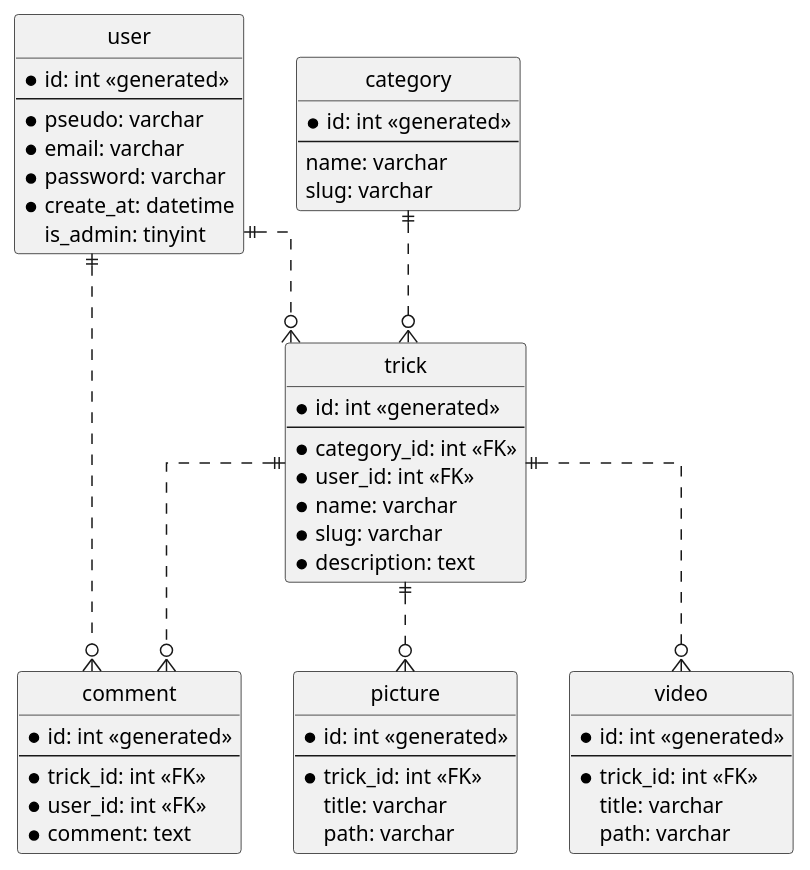
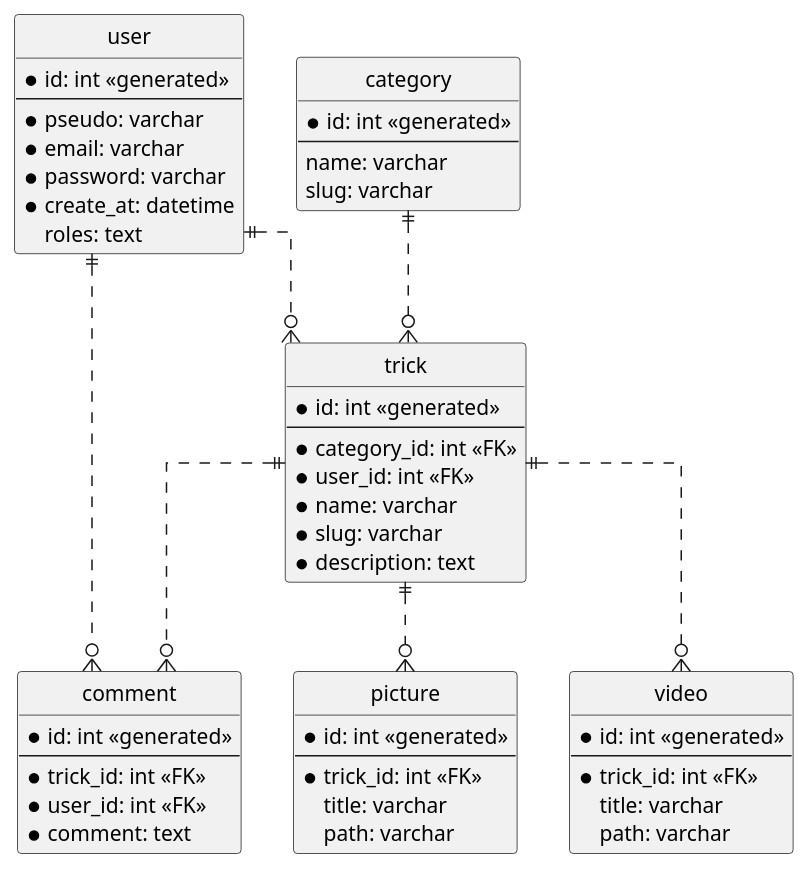
One commit to sjaulin/snowtricks changed the diagram in uml/PhysicalDataModel.puml. Above: the diagram before and after it, drawn with PlantUML. The commit also changed 11 other files, not shown here.

```diff
--- a/uml/PhysicalDataModel.puml
+++ b/uml/PhysicalDataModel.puml
@@ -1,68 +1,68 @@
 @startuml PhysicalDataModel
 
 ' hide the spot
 hide circle
 
 ' avoid problems with angled crows feet
 skinparam linetype ortho
 
 entity "user" {
   *id: int <<generated>>
   --
     *pseudo: varchar
     *email: varchar
     *password: varchar
     *create_at: datetime
-    is_admin: tinyint
+    roles: text
 }
 
 entity "category" {
   *id: int <<generated>>
   --
     name: varchar
     slug: varchar
 }
 
 entity "trick" {
   *id: int <<generated>>
   --
   *category_id: int <<FK>>
   *user_id: int <<FK>>
   *name: varchar
   *slug: varchar
   *description: text
 }
 
 entity "comment" {
   *id: int <<generated>>
   --
   *trick_id: int <<FK>>
   *user_id: int <<FK>>
   *comment: text
 }
 
 entity "picture" {
   *id: int <<generated>>
   --
   *trick_id: int <<FK>>
   title: varchar
   path: varchar
 }
 
 entity "video" {
   *id: int <<generated>>
   --
   *trick_id: int <<FK>>
   title: varchar
   path: varchar
 }
 
 user ||..o{ trick
 category ||..o{ trick
 
 trick ||..o{ comment
 trick ||..o{ picture
 trick ||..o{ video
 user ||..o{ comment
 
 @enduml
```
